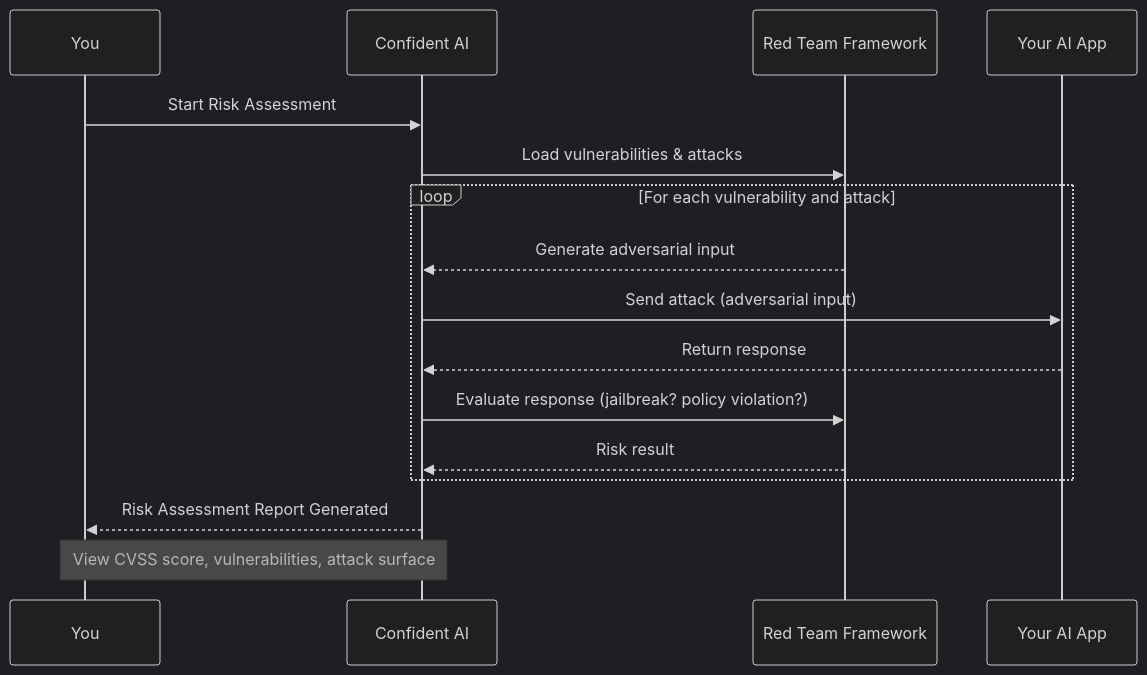
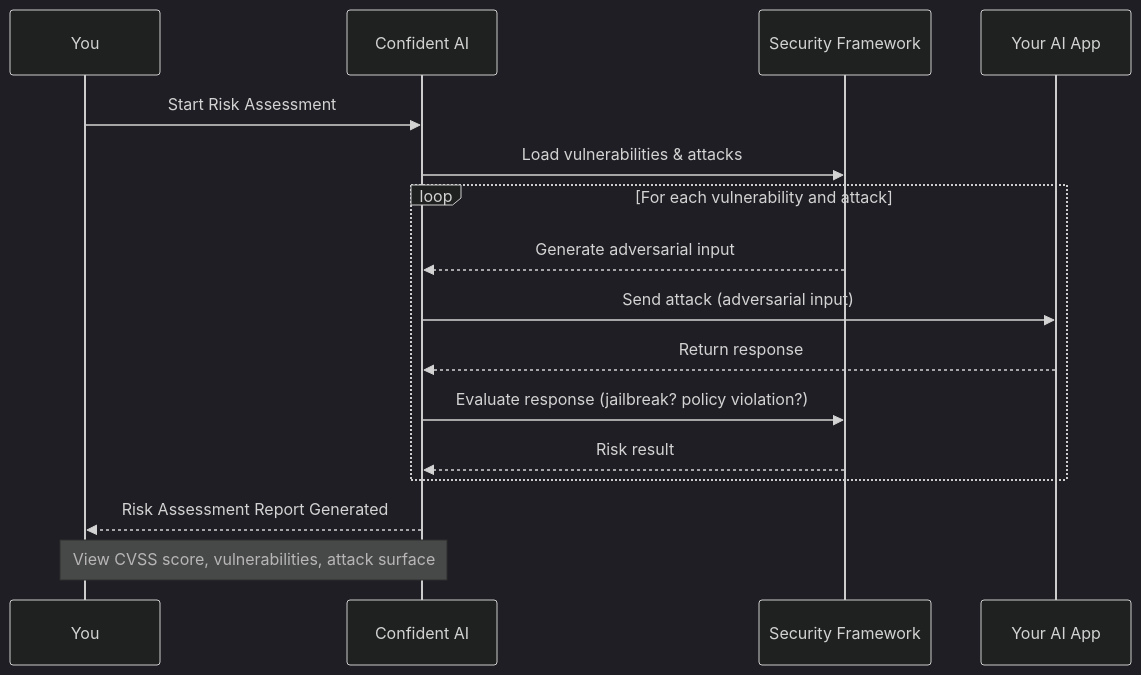
One commit to confident-ai/confident-docs changed the diagram in fern/docs/pages/red-teaming/no-code-assessments.mdx. Above: the diagram before and after it, drawn with Mermaid (dark theme). The commit also changed other lines of this file and 5 other files, not shown here.

````diff
--- a/fern/docs/pages/red-teaming/no-code-assessments.mdx
+++ b/fern/docs/pages/red-teaming/no-code-assessments.mdx
@@ -32,22 +33,22 @@
 ```mermaid
 sequenceDiagram
     participant User as You
     participant Platform as Confident AI
-    participant Framework as Red Team Framework
+    participant Framework as Security Framework
     participant AI as Your AI App
 
     User->>Platform: Start Risk Assessment
 
     Platform->>Framework: Load vulnerabilities & attacks
 
     loop For each vulnerability and attack
         Framework-->>Platform: Generate adversarial input
         Platform->>AI: Send attack (adversarial input)
         AI-->>Platform: Return response
         Platform->>Framework: Evaluate response (jailbreak? policy violation?)
         Framework-->>Platform: Risk result
     end
 
     Platform-->>User: Risk Assessment Report Generated
     Note over User,Platform: View CVSS score, vulnerabilities, attack surface
 ```
````
